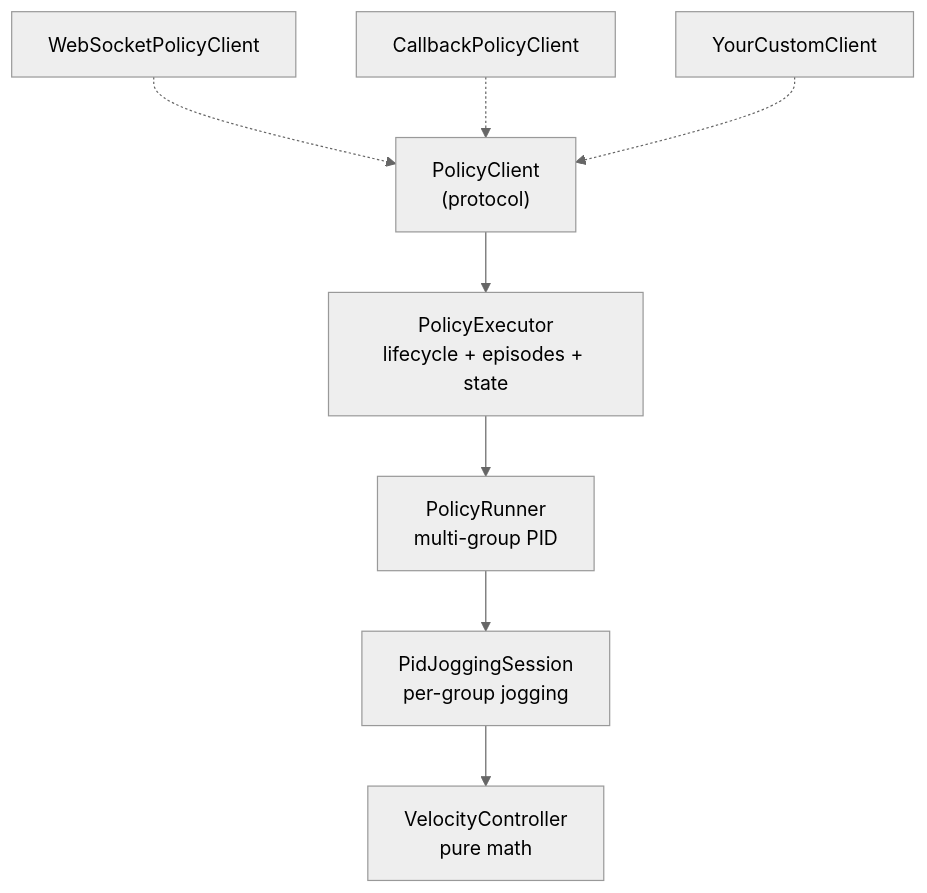
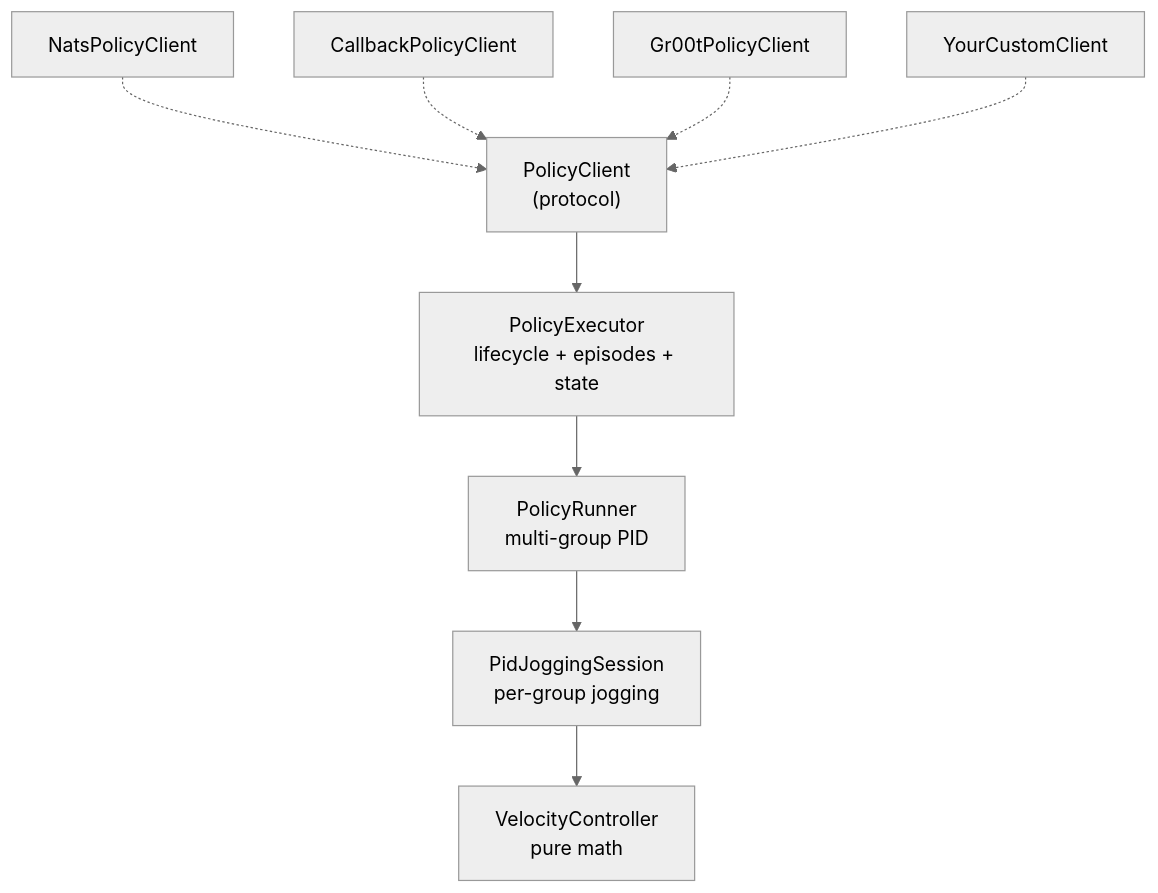
The sixth of 6 diagrams in nova_policy/README.md (wandelbotsgmbh/wandelbots-nova), drawn with Mermaid (neutral theme) before and after one commit. The commit also changed other lines of this file and 46 other files, not shown here.

First line of the commit message:
feat(nova_policy): add NATS + GR00T clients, fix guard detection, rename SafetyStopError

````diff
--- a/nova_policy/README.md
+++ b/nova_policy/README.md
@@ -352,10 +361,11 @@
 ```mermaid
 flowchart TB
     Executor["PolicyExecutor<br/>lifecycle + episodes + state"] --> Runner["PolicyRunner<br/>multi-group PID"]
     Runner --> Session["PidJoggingSession<br/>per-group jogging"]
     Session --> PID["VelocityController<br/>pure math"]
     Client["PolicyClient<br/>(protocol)"] --> Executor
-    WS["WebSocketPolicyClient"] -.-> Client
+    NATS["NatsPolicyClient"] -.-> Client
     CB["CallbackPolicyClient"] -.-> Client
+    GR00T["Gr00tPolicyClient"] -.-> Client
     Custom["YourCustomClient"] -.-> Client
 ```
````
